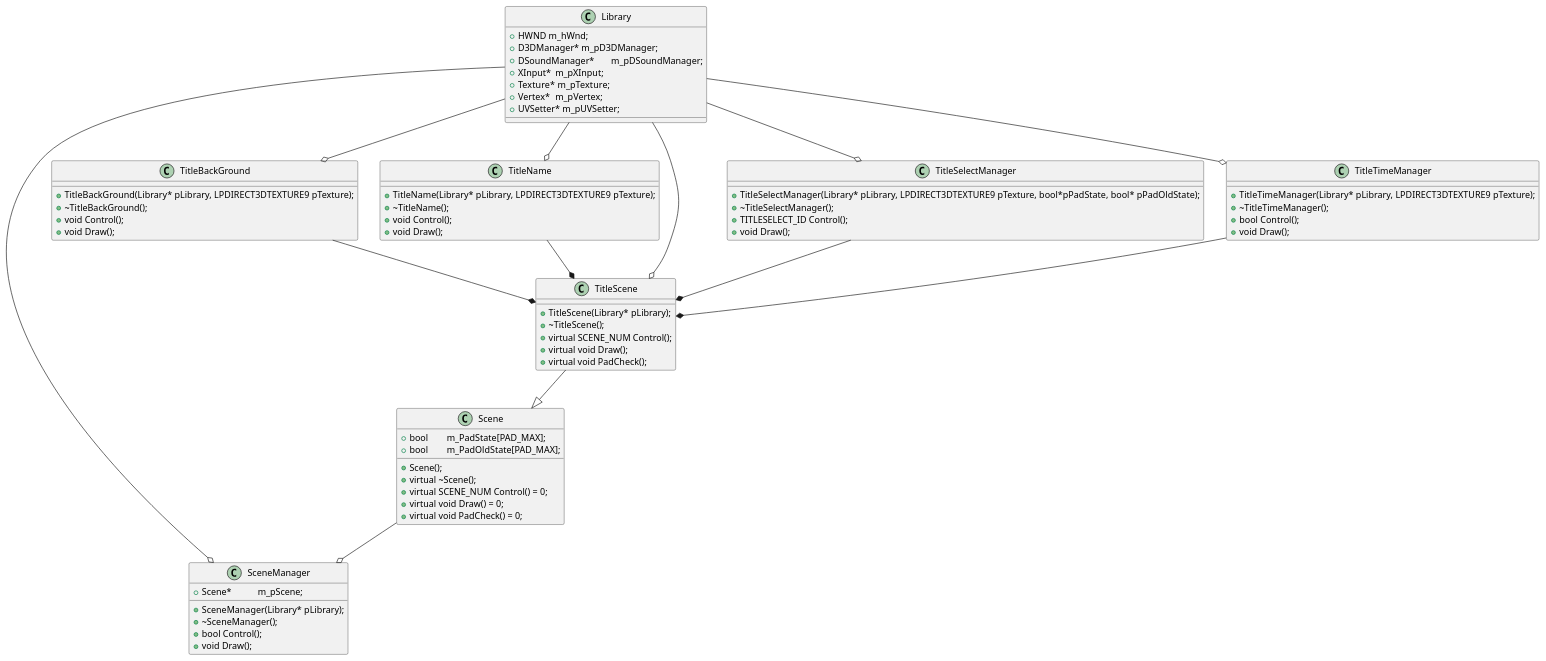
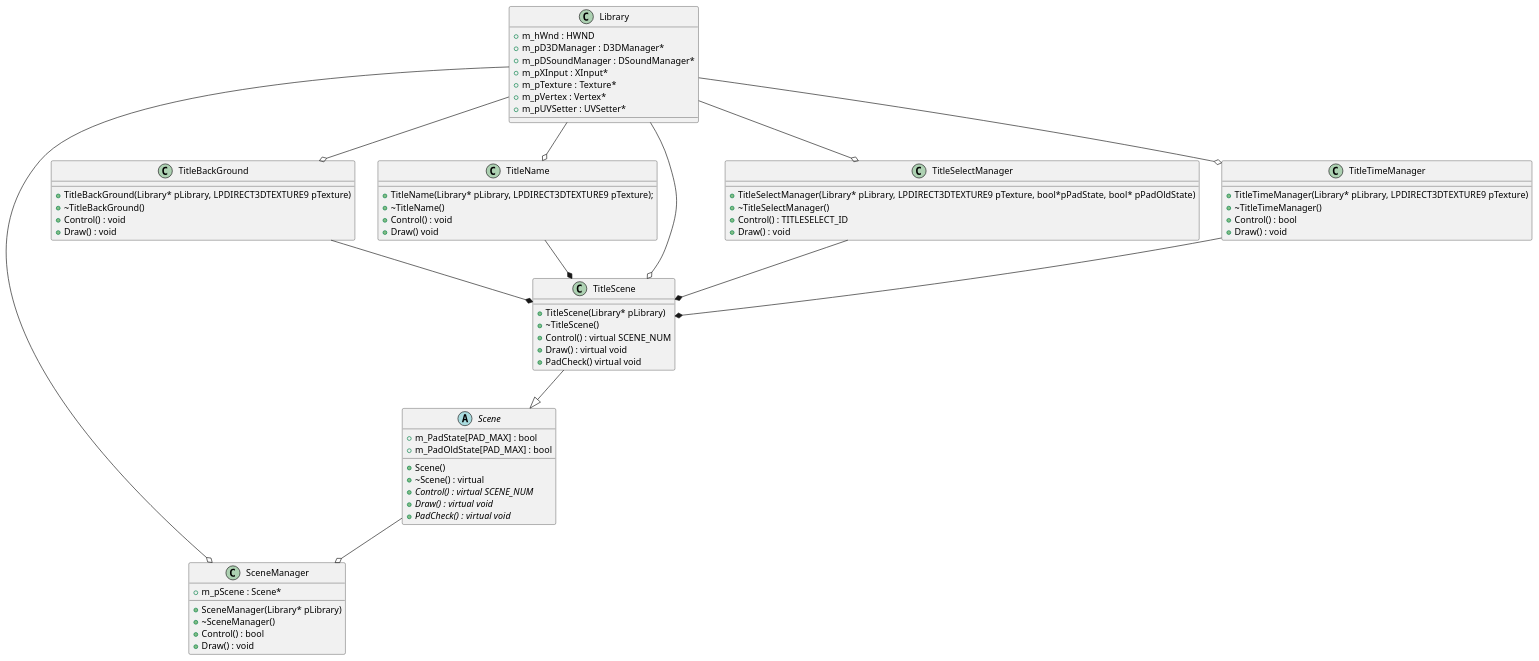
The diagram in kamikubo/class.puml (human-osaka-game-2019/uml), drawn with PlantUML before and after one commit. The commit also changed 1 other file, not shown here.

```diff
--- a/kamikubo/class.puml
+++ b/kamikubo/class.puml
@@ -1,86 +1,88 @@
 @startuml
+
 class Library
 {
-+HWND m_hWnd;
-+D3DManager* m_pD3DManager;
-+DSoundManager*	m_pDSoundManager;
-+XInput*	m_pXInput;
-+Texture* m_pTexture;
-+Vertex*	m_pVertex;
-+UVSetter* m_pUVSetter;
++m_hWnd : HWND
++m_pD3DManager : D3DManager*
++m_pDSoundManager : DSoundManager*
++m_pXInput : XInput*
++m_pTexture : Texture*
++m_pVertex : Vertex*
++m_pUVSetter : UVSetter*
 }
 
-class Scene
+abstract class Scene
 {
-+Scene();
-+virtual ~Scene();
-+virtual SCENE_NUM Control() = 0;
-+virtual void Draw() = 0;
-+virtual void PadCheck() = 0;
-+bool	m_PadState[PAD_MAX];
-+bool	m_PadOldState[PAD_MAX];
++Scene()
++~Scene() : virtual
++ {abstract} Control() : virtual SCENE_NUM
++ {abstract} Draw() : virtual void 
++ {abstract} PadCheck() : virtual void
++m_PadState[PAD_MAX] : bool
++m_PadOldState[PAD_MAX] : bool
 }
 
 class SceneManager
 {
-+SceneManager(Library* pLibrary);
-+~SceneManager();
-+bool Control();
-+void Draw();
-+Scene*		m_pScene;
++SceneManager(Library* pLibrary)
++~SceneManager()
++Control() : bool
++Draw() : void
++m_pScene : Scene*
 }
 
 class TitleBackGround
 {
-+TitleBackGround(Library* pLibrary, LPDIRECT3DTEXTURE9 pTexture);
-+~TitleBackGround();
-+void Control();
-+void Draw();
++TitleBackGround(Library* pLibrary, LPDIRECT3DTEXTURE9 pTexture)
++~TitleBackGround()
++Control() : void
++Draw() : void
 }
 
 class TitleName
 {
 +TitleName(Library* pLibrary, LPDIRECT3DTEXTURE9 pTexture);
-+~TitleName();
-+void Control();
-+void Draw();
++~TitleName()
++Control() : void
++Draw() void
 }
 
 class TitleScene
 {
-+TitleScene(Library* pLibrary);
-+~TitleScene();
-+virtual SCENE_NUM Control();
-+virtual void Draw();
-+virtual void PadCheck();
++TitleScene(Library* pLibrary)
++~TitleScene()
++Control() : virtual SCENE_NUM
++Draw() : virtual void
++PadCheck() virtual void
 }
 
 class TitleSelectManager
 {
-+TitleSelectManager(Library* pLibrary, LPDIRECT3DTEXTURE9 pTexture, bool*pPadState, bool* pPadOldState);
-+~TitleSelectManager();
-+TITLESELECT_ID Control();
-+void Draw();
++TitleSelectManager(Library* pLibrary, LPDIRECT3DTEXTURE9 pTexture, bool*pPadState, bool* pPadOldState)
++~TitleSelectManager()
++Control() : TITLESELECT_ID
++Draw() : void
 }
 
 class TitleTimeManager
 {
-+TitleTimeManager(Library* pLibrary, LPDIRECT3DTEXTURE9 pTexture);
-+~TitleTimeManager();
-+bool Control();
-+void Draw();
++TitleTimeManager(Library* pLibrary, LPDIRECT3DTEXTURE9 pTexture)
++~TitleTimeManager()
++Control() : bool
++Draw() : void
 }
 
 Scene              --o  SceneManager
 Library            --o  TitleSelectManager
 Library            --o  TitleScene
 Library            --o  TitleName
 Library            --o  SceneManager
 Library            --o  TitleBackGround
 Library            --o  TitleTimeManager
 TitleBackGround    --*  TitleScene
 TitleSelectManager --*  TitleScene
 TitleName          --*  TitleScene
 TitleTimeManager   --*  TitleScene
 TitleScene         --|> Scene
+
 @enduml
```
